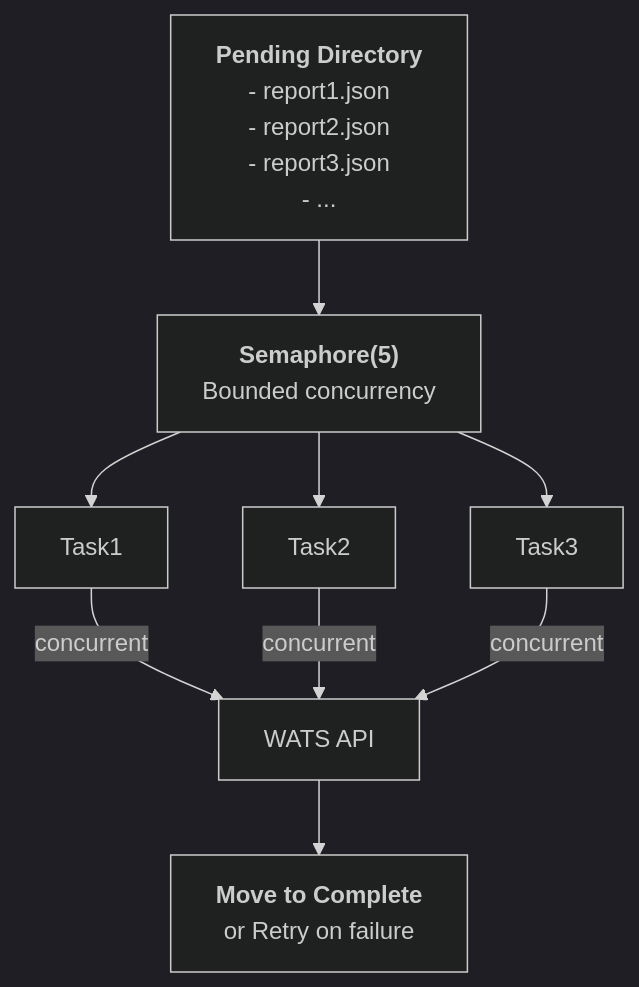
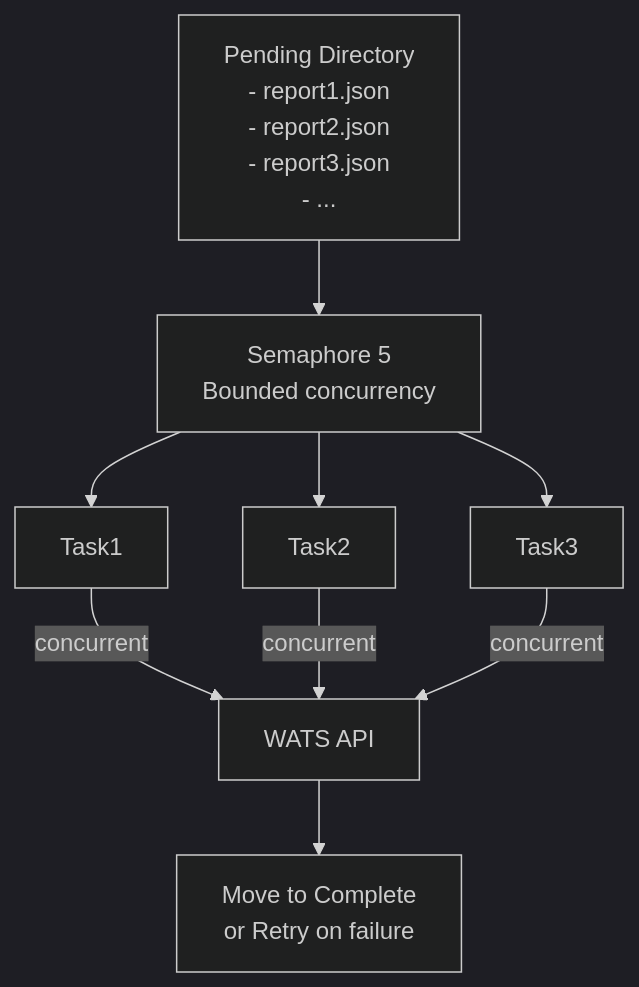
The third of 7 diagrams in docs/guides/client-architecture.md (olreppe/pyWATS), drawn with Mermaid (dark theme) before and after one commit. The commit also changed other lines of this file and 3 other files, not shown here.

First line of the commit message:
Fix Mermaid syntax - remove HTML tags for better compatibility

````diff
--- a/docs/guides/client-architecture.md
+++ b/docs/guides/client-architecture.md
@@ -200,14 +211,24 @@
 ```mermaid
 flowchart TD
-    PendingDir["<b>Pending Directory</b><br/>- report1.json<br/>- report2.json<br/>- report3.json<br/>- ..."] --> Semaphore["<b>Semaphore(5)</b><br/>Bounded concurrency"]
+    PendingDir["Pending Directory
+    - report1.json
+    - report2.json
+    - report3.json
+    - ..."]
+    
+    Semaphore["Semaphore 5
+    Bounded concurrency"]
+    
+    PendingDir --> Semaphore
     
     Semaphore --> Task1[Task1]
     Semaphore --> Task2[Task2]
     Semaphore --> Task3[Task3]
     
     Task1 -->|concurrent| WATS[WATS API]
     Task2 -->|concurrent| WATS
     Task3 -->|concurrent| WATS
     
-    WATS --> MoveComplete["<b>Move to Complete</b><br/>or Retry on failure"]
+    WATS --> MoveComplete["Move to Complete
+    or Retry on failure"]
 ```
````
